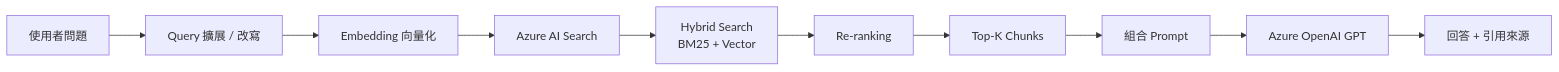
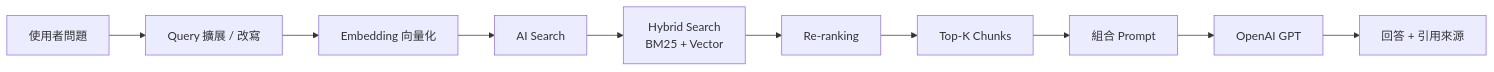
Before and after one commit to rico0519/TEST: the first of 3 diagrams in README.md, drawn with Mermaid. The commit also changed other lines of this file, not shown here.

````diff
--- a/README.md
+++ b/README.md
@@ -116,12 +98,12 @@
 ```mermaid
 flowchart LR
     A[使用者問題] --> B[Query 擴展 / 改寫]
     B --> C[Embedding 向量化]
-    C --> D[Azure AI Search]
+    C --> D[AI Search]
     D --> E[Hybrid Search\nBM25 + Vector]
     E --> F[Re-ranking]
     F --> G[Top-K Chunks]
     G --> H[組合 Prompt]
-    H --> I[Azure OpenAI GPT]
+    H --> I[OpenAI GPT]
     I --> J[回答 + 引用來源]
 ```
````
